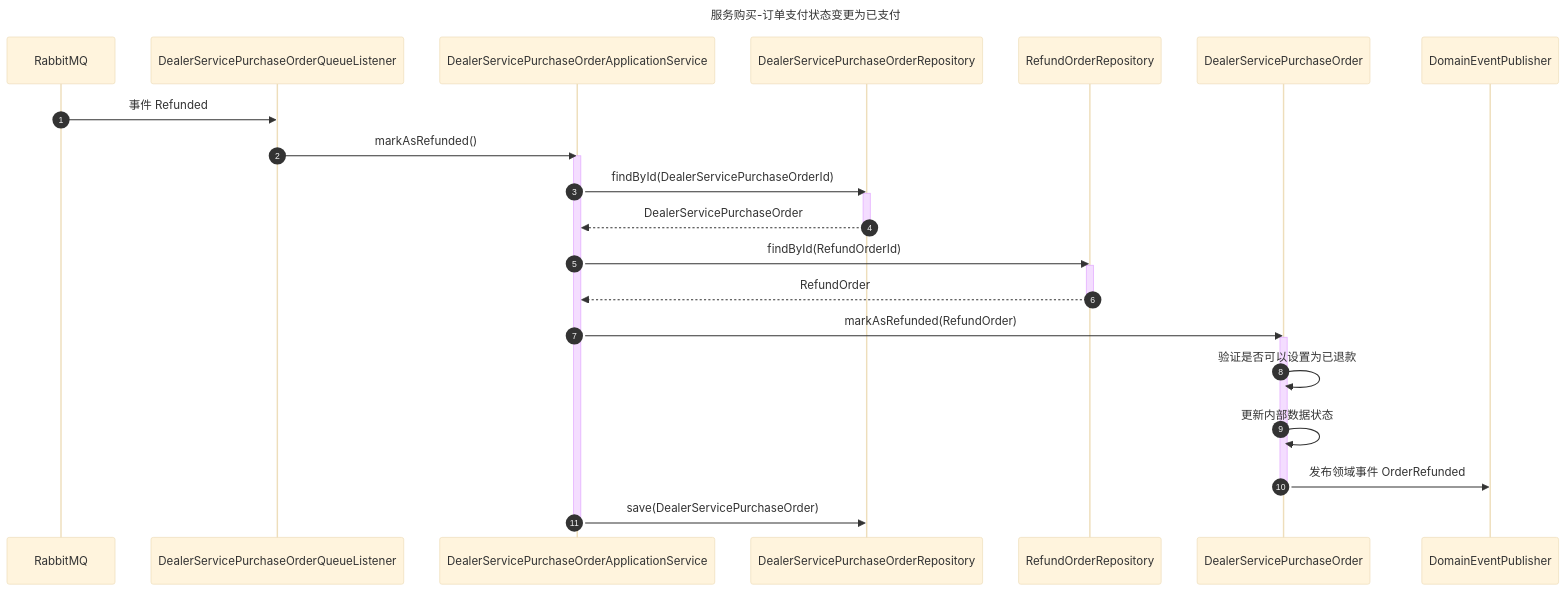
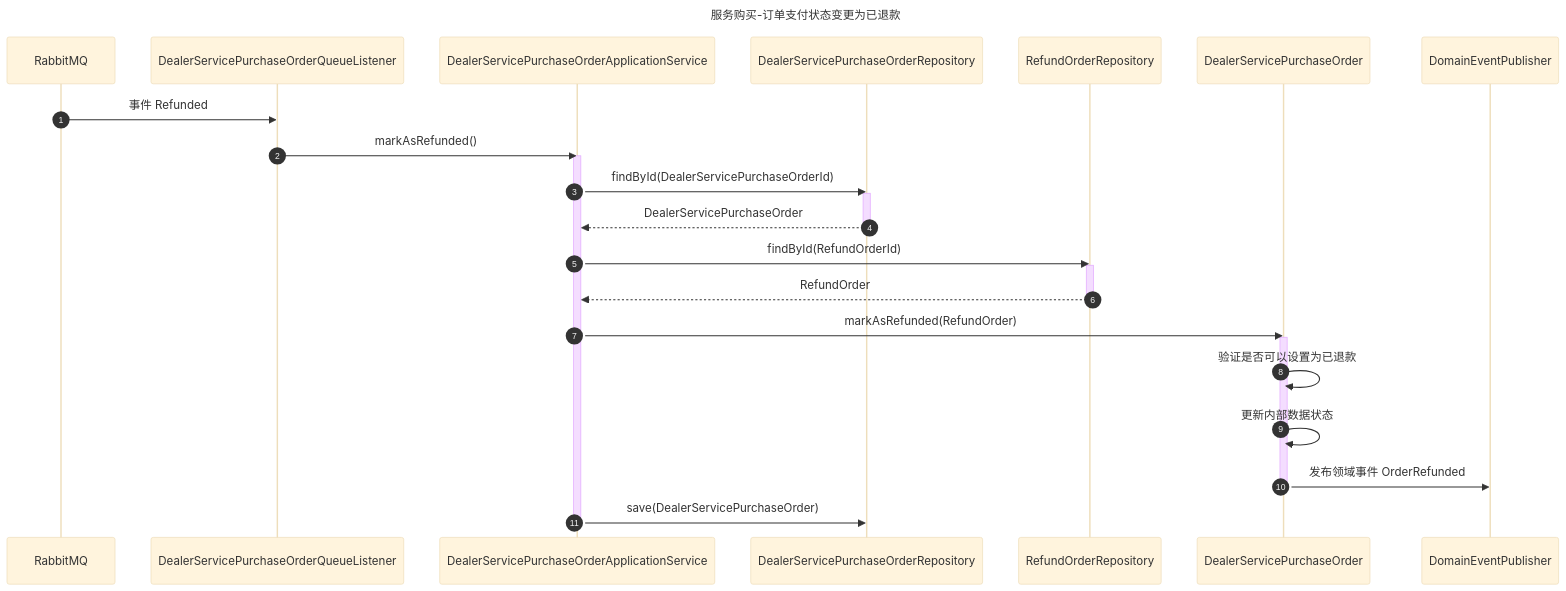
One commit to lowkeyfish/IDDD changed the diagram in iddd-springboot/iddd-springboot-dealer/src/main/resources/uml/服务购买订单状态变更为已退款时序图.mermaid. Above: the diagram before and after it, drawn with Mermaid (base theme). The commit also changed 29 other files, not shown here.

```diff
--- a/iddd-springboot/iddd-springboot-dealer/src/main/resources/uml/服务购买订单状态变更为已退款时序图.mermaid
+++ b/iddd-springboot/iddd-springboot-dealer/src/main/resources/uml/服务购买订单状态变更为已退款时序图.mermaid
@@ -1,47 +1,47 @@
 sequenceDiagram
-    title 服务购买-订单支付状态变更为已支付
+    title 服务购买-订单支付状态变更为已退款
 
     autonumber
 
     participant RabbitMQ
 
     participant DealerServicePurchaseOrderQueueListener
     participant DealerServicePurchaseOrderApplicationService
     participant DealerServicePurchaseOrderRepository
     participant RefundOrderRepository
     participant DealerServicePurchaseOrder
 
     participant DomainEventPublisher
 
 
     RabbitMQ->>DealerServicePurchaseOrderQueueListener: 事件 Refunded
     DealerServicePurchaseOrderQueueListener->>DealerServicePurchaseOrderApplicationService: markAsRefunded()
 
     activate DealerServicePurchaseOrderApplicationService
 
     DealerServicePurchaseOrderApplicationService->>DealerServicePurchaseOrderRepository: findById(DealerServicePurchaseOrderId)
     activate DealerServicePurchaseOrderRepository
 
     DealerServicePurchaseOrderRepository-->>DealerServicePurchaseOrderApplicationService: DealerServicePurchaseOrder
 
     deactivate DealerServicePurchaseOrderRepository
 
 
     DealerServicePurchaseOrderApplicationService->>RefundOrderRepository: findById(RefundOrderId)
     activate RefundOrderRepository
 
     RefundOrderRepository-->>DealerServicePurchaseOrderApplicationService: RefundOrder
 
     deactivate RefundOrderRepository
 
     DealerServicePurchaseOrderApplicationService->>DealerServicePurchaseOrder: markAsRefunded(RefundOrder)
     activate DealerServicePurchaseOrder
 
     DealerServicePurchaseOrder->>DealerServicePurchaseOrder: 验证是否可以设置为已退款
     DealerServicePurchaseOrder->>DealerServicePurchaseOrder: 更新内部数据状态
     DealerServicePurchaseOrder->>DomainEventPublisher: 发布领域事件 OrderRefunded
 
     deactivate DealerServicePurchaseOrder
     DealerServicePurchaseOrderApplicationService->>DealerServicePurchaseOrderRepository: save(DealerServicePurchaseOrder)
 
     deactivate DealerServicePurchaseOrderApplicationService
```
